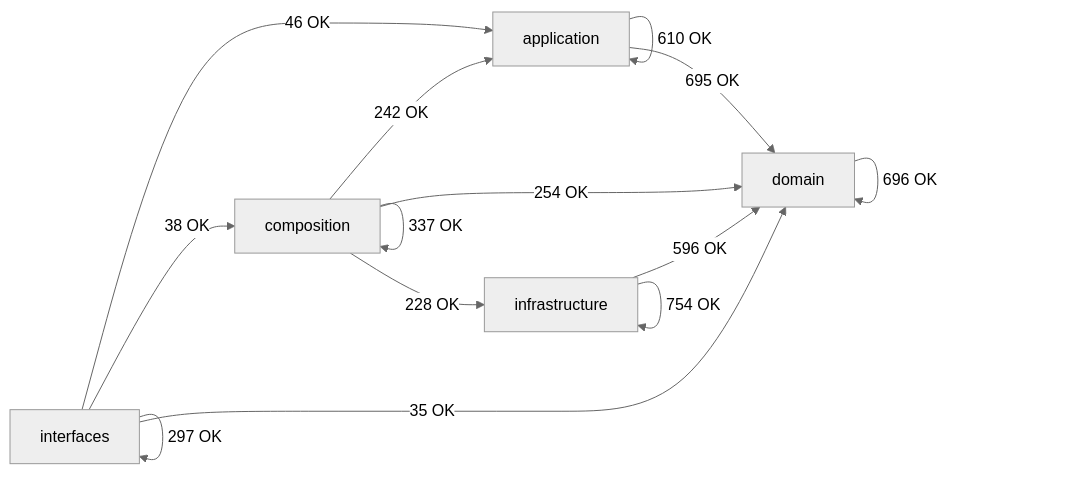
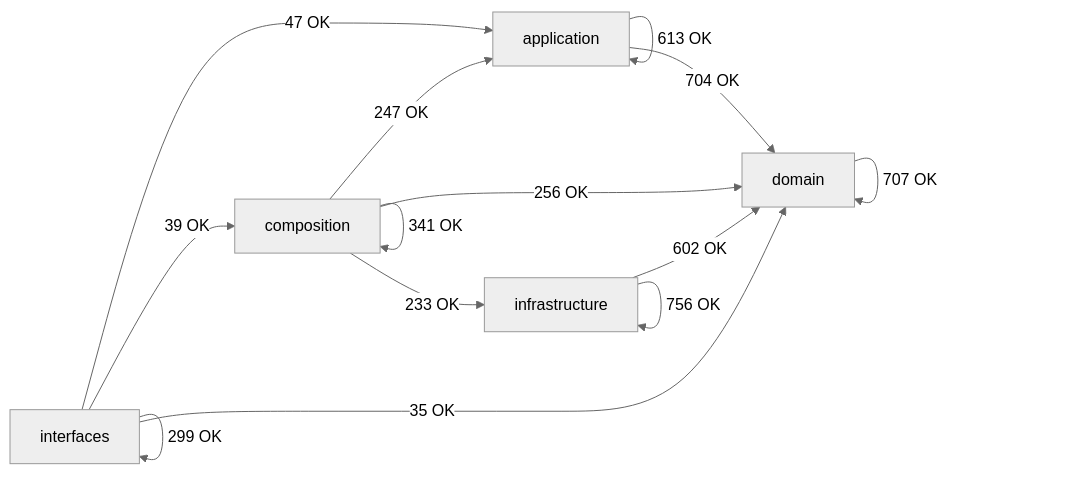
One commit to SatoryKono/BioactivityDataAcquisition changed the diagram in docs/02-architecture/generated/module-dependency-map.md. Above: the diagram before and after it, drawn with Mermaid (neutral theme). The commit also changed other lines of this file and 77 other files, not shown here.

````diff
--- a/docs/02-architecture/generated/module-dependency-map.md
+++ b/docs/02-architecture/generated/module-dependency-map.md
@@ -17,21 +17,21 @@
 ```mermaid
 flowchart LR
     domain[domain]
     application[application]
     infrastructure[infrastructure]
     composition[composition]
     interfaces[interfaces]
-    application -->|610 OK| application
-    application -->|695 OK| domain
-    composition -->|242 OK| application
-    composition -->|337 OK| composition
-    composition -->|254 OK| domain
-    composition -->|228 OK| infrastructure
-    domain -->|696 OK| domain
-    infrastructure -->|596 OK| domain
-    infrastructure -->|754 OK| infrastructure
-    interfaces -->|46 OK| application
-    interfaces -->|38 OK| composition
+    application -->|613 OK| application
+    application -->|704 OK| domain
+    composition -->|247 OK| application
+    composition -->|341 OK| composition
+    composition -->|256 OK| domain
+    composition -->|233 OK| infrastructure
+    domain -->|707 OK| domain
+    infrastructure -->|602 OK| domain
+    infrastructure -->|756 OK| infrastructure
+    interfaces -->|47 OK| application
+    interfaces -->|39 OK| composition
     interfaces -->|35 OK| domain
-    interfaces -->|297 OK| interfaces
+    interfaces -->|299 OK| interfaces
 ```
````
